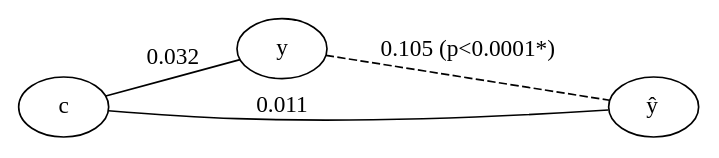
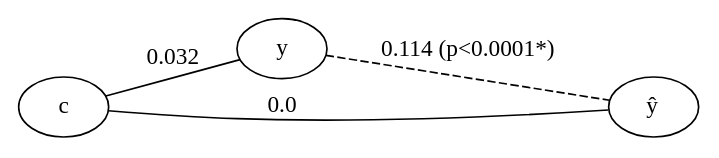
The diagram in fig/raw/emp_hcp_acq_reg_full.dot (pni-lab/mlconfound-manuscript), drawn with Graphviz before and after one commit. The commit also changed 143 other files, not shown here.

```diff
--- a/fig/raw/emp_hcp_acq_reg_full.dot
+++ b/fig/raw/emp_hcp_acq_reg_full.dot
@@ -1,9 +1,9 @@
 graph {
 	rankdir=LR
 	c [label=c]
 	y [label=y]
 	yhat [label=<y&#770;>]
-	c -- yhat [label=0.011]
+	c -- yhat [label=0.0]
 	c -- y [label=0.032]
-	y -- yhat [label="0.105 (p<0.0001*)" style=dashed]
+	y -- yhat [label="0.114 (p<0.0001*)" style=dashed]
 }
```
